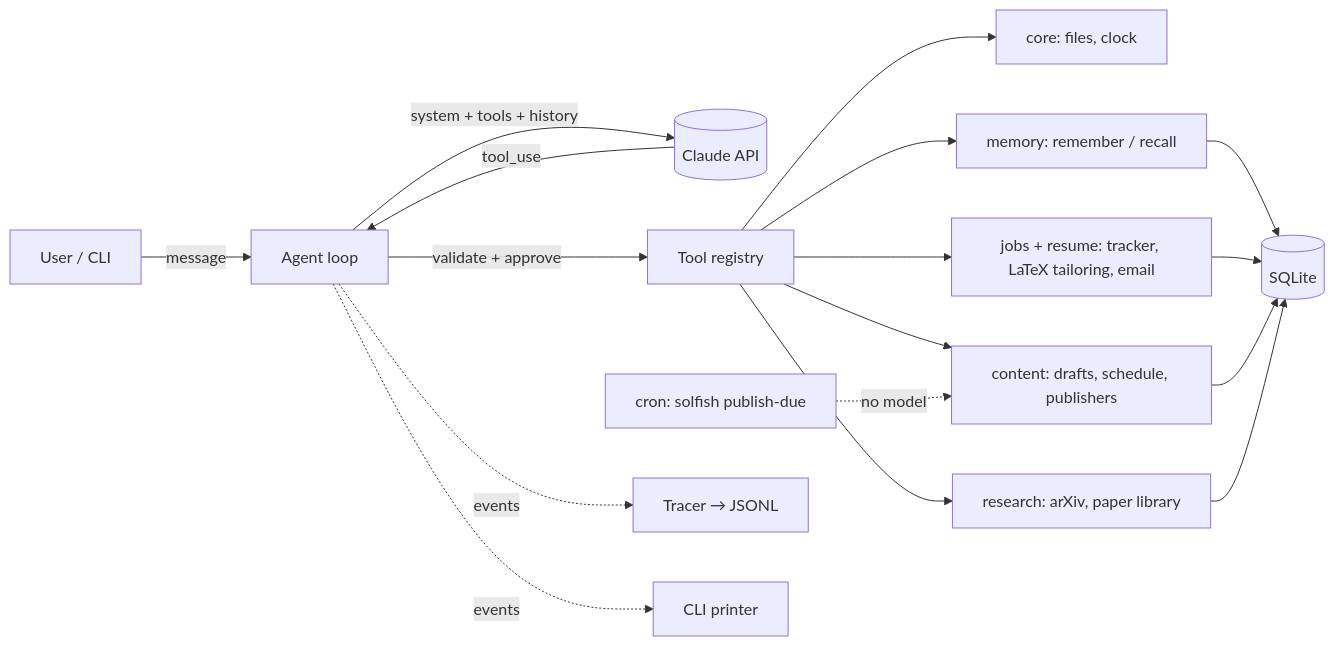
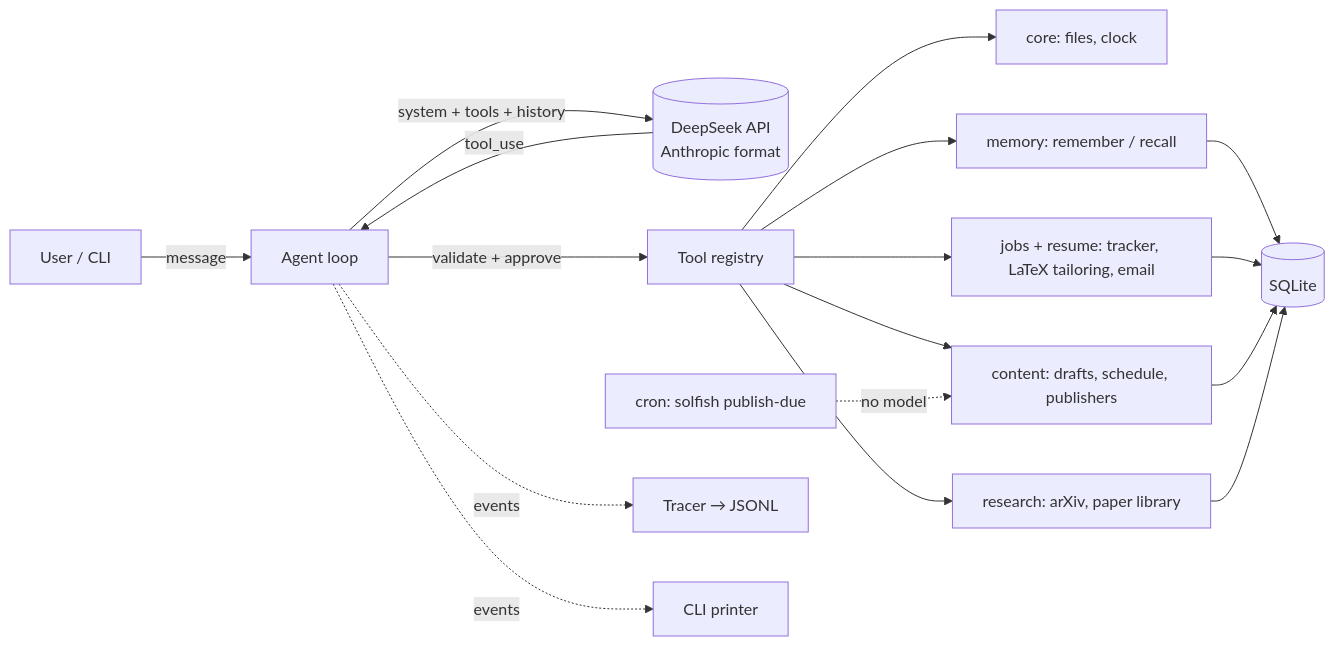
The diagram in README.md (yx-yan/Solfish), drawn with Mermaid before and after one commit. The commit also changed other lines of this file and 13 other files, not shown here.

First line of the commit message:
Run on DeepSeek via its Anthropic-compatible endpoint

````diff
--- a/README.md
+++ b/README.md
@@ -36,16 +36,16 @@
 ```mermaid
 flowchart LR
     U[User / CLI] -->|message| L[Agent loop]
-    L -->|system + tools + history| M[(Claude API)]
+    L -->|system + tools + history| M[(DeepSeek API<br/>Anthropic format)]
     M -->|tool_use| L
     L -->|validate + approve| R[Tool registry]
     R --> S1[core: files, clock]
     R --> S2[memory: remember / recall]
     R --> S3[jobs + resume: tracker, LaTeX tailoring, email]
     R --> S4[content: drafts, schedule, publishers]
     R --> S5[research: arXiv, paper library]
     S2 & S3 & S4 & S5 --> DB[(SQLite)]
     C[cron: solfish publish-due] -.no model.-> S4
     L -.events.-> T[Tracer → JSONL]
     L -.events.-> P[CLI printer]
 ```
````
